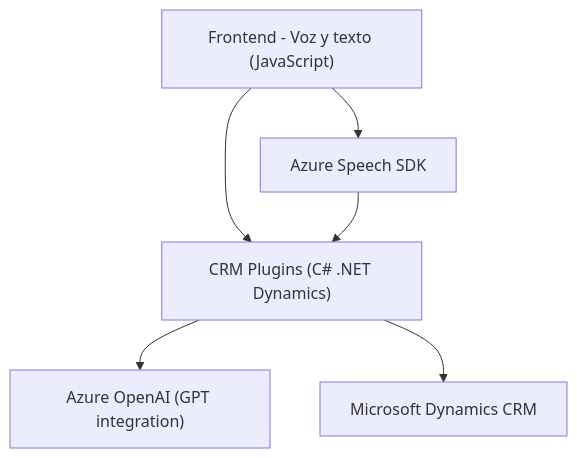
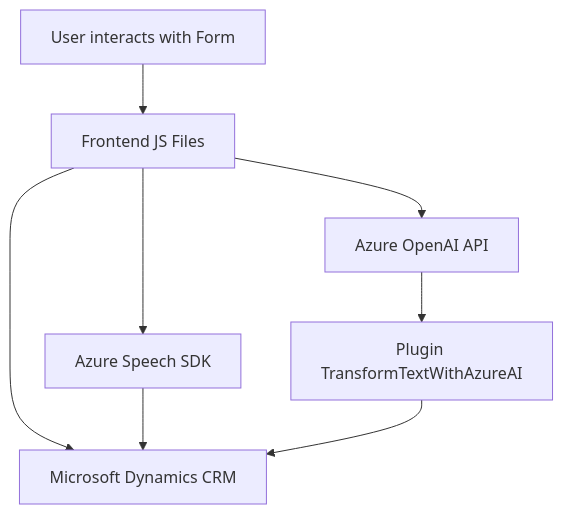
One commit to blopezdm/NETCORE_BILBAO2025 changed the diagram in README.md. Above: the diagram before and after it, drawn with Mermaid. The commit also changed other lines of this file, not shown here.

````diff
--- a/README.md
+++ b/README.md
@@ -35,14 +32,17 @@
 ```mermaid
 graph TD
-    AzureSpeechSDK["Azure Speech SDK"]
-    FrontendJS["Frontend - Voz y texto (JavaScript)"]
-    AzureOpenAI["Azure OpenAI (GPT integration)"]
-    CRMPlugins["CRM Plugins (C# .NET Dynamics)"]
+A["User interacts with Form"]
+B["Frontend JS Files"]
+C["Plugin TransformTextWithAzureAI"]
+D["Azure Speech SDK"]
+E["Azure OpenAI API"]
+F["Microsoft Dynamics CRM"]
 
-    FrontendJS --> CRMPlugins
-    FrontendJS --> AzureSpeechSDK
-
-    AzureSpeechSDK --> CRMPlugins
-    CRMPlugins --> AzureOpenAI
-    CRMPlugins --> MicrosoftDynamics["Microsoft Dynamics CRM"]
+A --> B
+B --> D
+B --> F
+B --> E
+D --> F
+E --> C
+C --> F
 ```
````
